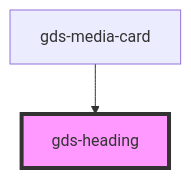
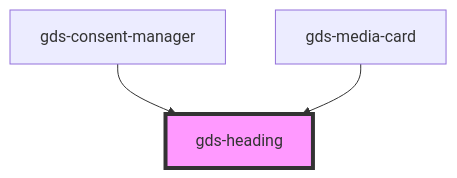
Before and after one commit to generoi/genero-design-system: the diagram in src/components/gds-heading/readme.md, drawn with Mermaid. The commit also changed other lines of this file and 12 other files, not shown here.

Commit message:
Finalizing consent manager v.1

````diff
--- a/src/components/gds-heading/readme.md
+++ b/src/components/gds-heading/readme.md
@@ -21,5 +22,6 @@
 ```mermaid
 graph TD;
+  gds-consent-manager --> gds-heading
   gds-media-card --> gds-heading
   style gds-heading fill:#f9f,stroke:#333,stroke-width:4px
 ```
````
